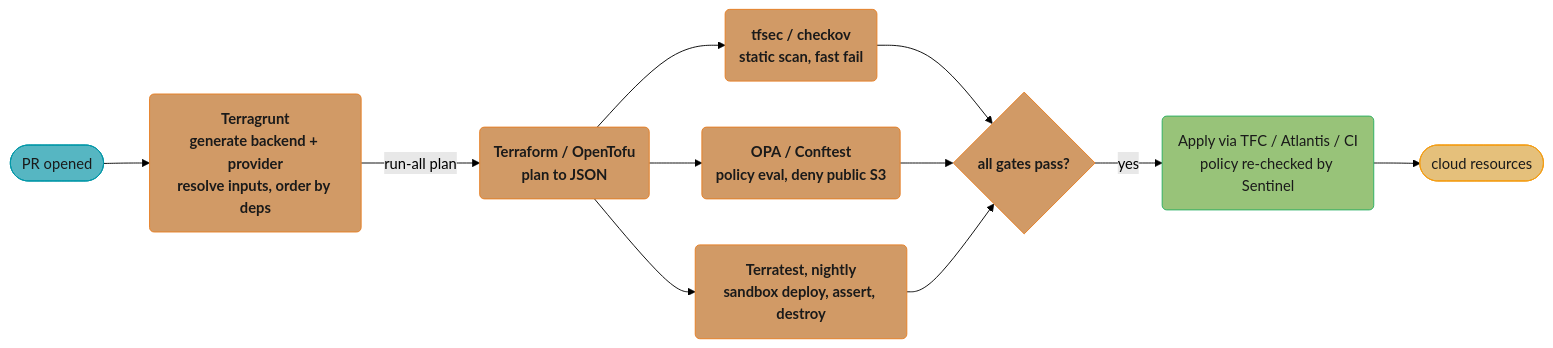
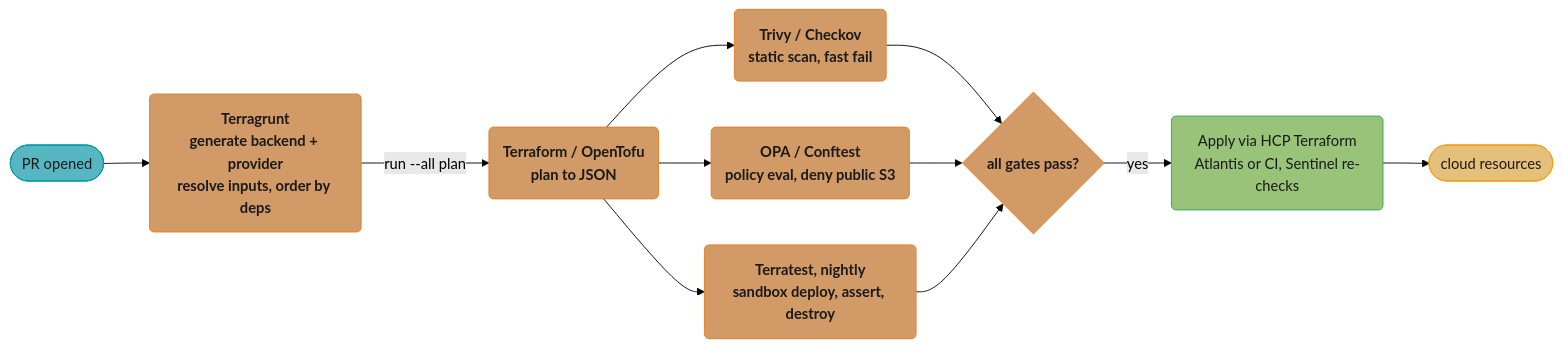
Before and after one commit to rppol/system-design: the first of 4 diagrams in src/main/java/com/rutik/systemdesign/devops/terraform_advanced_and_alternatives/terraform_advanced_and_alternatives.md, drawn with Mermaid (forest theme). The commit also changed other lines of this file and 3 other files, not shown here.

````diff
--- a/src/main/java/com/rutik/systemdesign/devops/terraform_advanced_and_alternatives/terraform_advanced_and_alternatives.md
+++ b/src/main/java/com/rutik/systemdesign/devops/terraform_advanced_and_alternatives/terraform_advanced_and_alternatives.md
@@ -90,31 +90,31 @@
 ```mermaid
 flowchart LR
     classDef io      fill:#61afef,stroke:#2e86c1,color:#1a1a1a,font-weight:bold
     classDef frozen  fill:#c678dd,stroke:#9b59b6,color:#fff
     classDef train   fill:#98c379,stroke:#27ae60,color:#1a1a1a
     classDef mathOp  fill:#d19a66,stroke:#e67e22,color:#1a1a1a,font-weight:bold
     classDef lossN   fill:#e06c75,stroke:#c0392b,color:#fff,font-weight:bold
     classDef req     fill:#56b6c2,stroke:#0097a7,color:#1a1a1a
     classDef base    fill:#e5c07b,stroke:#f39c12,color:#1a1a1a
 
     PR([PR opened]) --> TG("Terragrunt<br/>generate backend + provider<br/>resolve inputs, order by deps")
-    TG -->|"run-all plan"| TF("Terraform / OpenTofu<br/>plan to JSON")
-    TF --> G1("tfsec / checkov<br/>static scan, fast fail")
+    TG -->|"run --all plan"| TF("Terraform / OpenTofu<br/>plan to JSON")
+    TF --> G1("Trivy / Checkov<br/>static scan, fast fail")
     TF --> G2("OPA / Conftest<br/>policy eval, deny public S3")
     TF --> G3("Terratest, nightly<br/>sandbox deploy, assert, destroy")
     G1 --> GATE{"all gates pass?"}
     G2 --> GATE
     G3 --> GATE
-    GATE -->|"yes"| AP("Apply via TFC / Atlantis / CI<br/>policy re-checked by Sentinel")
+    GATE -->|"yes"| AP("Apply via HCP Terraform<br/>Atlantis or CI, Sentinel re-checks")
     AP --> CLOUD([cloud resources])
 
     class PR req
     class TG mathOp
     class TF mathOp
     class G1 mathOp
     class G2 mathOp
     class G3 mathOp
     class GATE mathOp
     class AP train
     class CLOUD base
 ```
````
